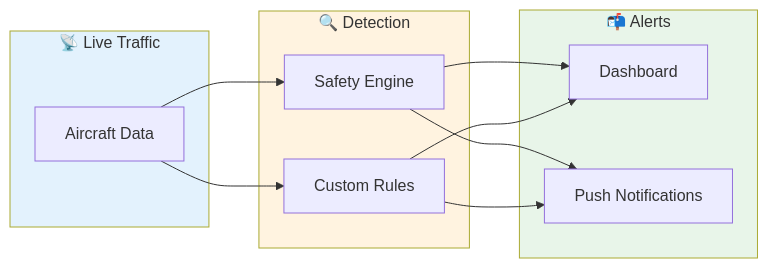
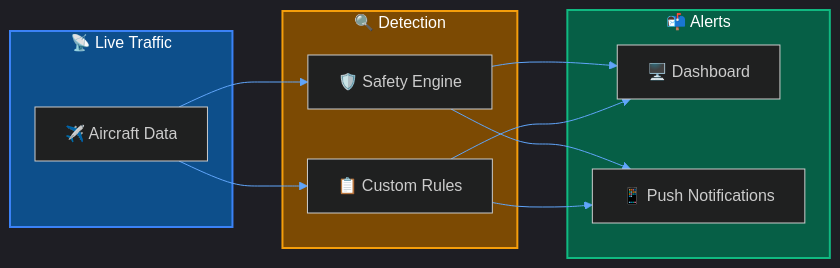
The first of 7 diagrams in docs/Getting Started/safety-and-alerts.md (CHA0S-CORP/SkySpyDocs), drawn with Mermaid before and after one commit. The commit also changed other lines of this file and 11 other files, not shown here.

````diff
--- a/docs/Getting Started/safety-and-alerts.md
+++ b/docs/Getting Started/safety-and-alerts.md
@@ -10,27 +10,28 @@
 ```mermaid
+%%{init: {'theme': 'dark', 'themeVariables': { 'primaryColor': '#1e3a5f', 'primaryTextColor': '#fff', 'primaryBorderColor': '#3b82f6', 'lineColor': '#60a5fa'}}}%%
 flowchart LR
     subgraph Input["📡 Live Traffic"]
-        AC[Aircraft Data]
+        AC["✈️ Aircraft Data"]
     end
 
     subgraph Detection["🔍 Detection"]
-        SAFETY[Safety Engine]
-        RULES[Custom Rules]
+        SAFETY["🛡️ Safety Engine"]
+        RULES["📋 Custom Rules"]
     end
 
     subgraph Output["📬 Alerts"]
-        DASH[Dashboard]
-        PUSH[Push Notifications]
+        DASH["🖥️ Dashboard"]
+        PUSH["📱 Push Notifications"]
     end
 
     AC --> SAFETY
     AC --> RULES
     SAFETY --> DASH
     SAFETY --> PUSH
     RULES --> DASH
     RULES --> PUSH
 
-    style Input fill:#e3f2fd
-    style Detection fill:#fff3e0
-    style Output fill:#e8f5e9
+    style Input fill:#0d4f8b,stroke:#3b82f6,stroke-width:2px,color:#fff
+    style Detection fill:#7c4a03,stroke:#f59e0b,stroke-width:2px,color:#fff
+    style Output fill:#065f46,stroke:#10b981,stroke-width:2px,color:#fff
 ```
````
